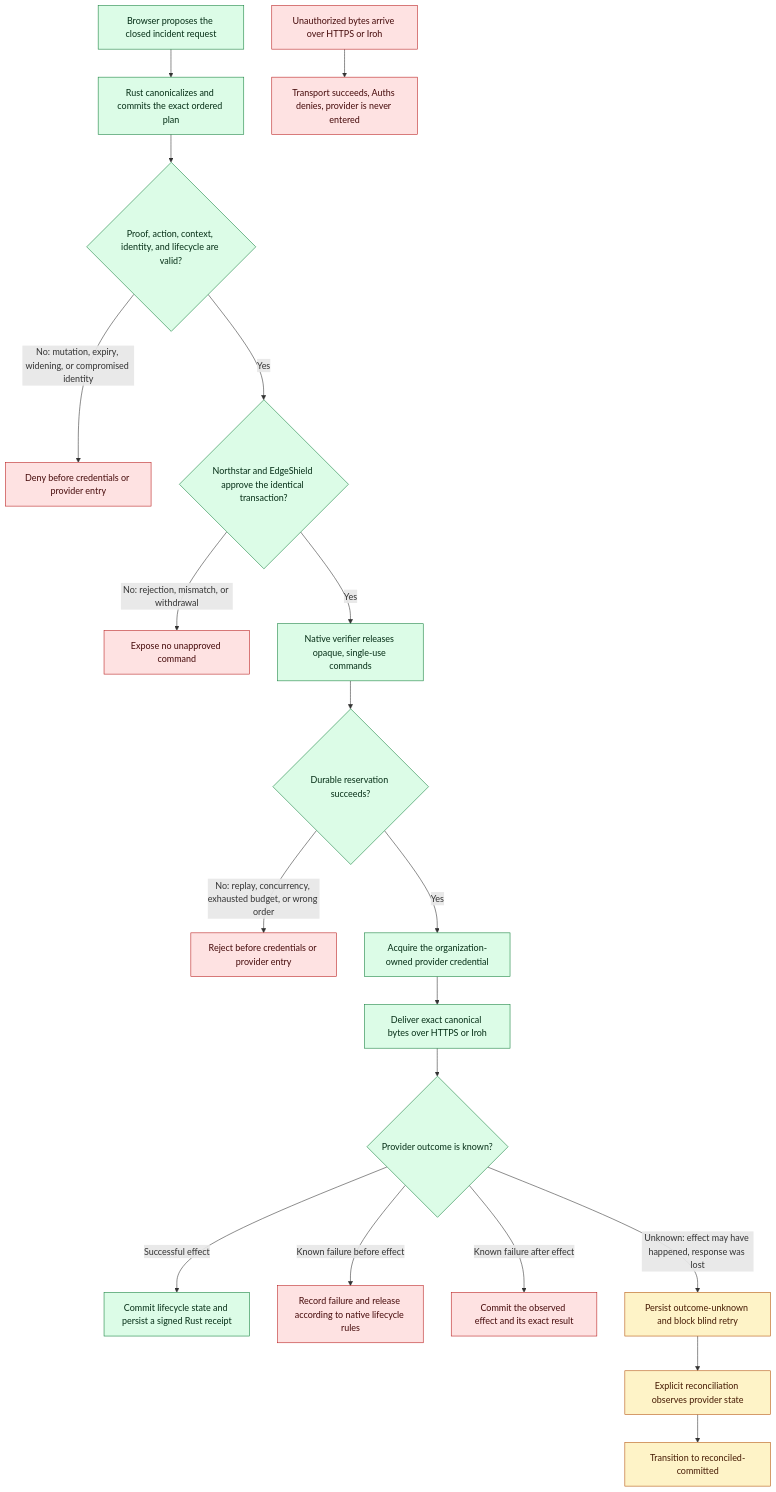
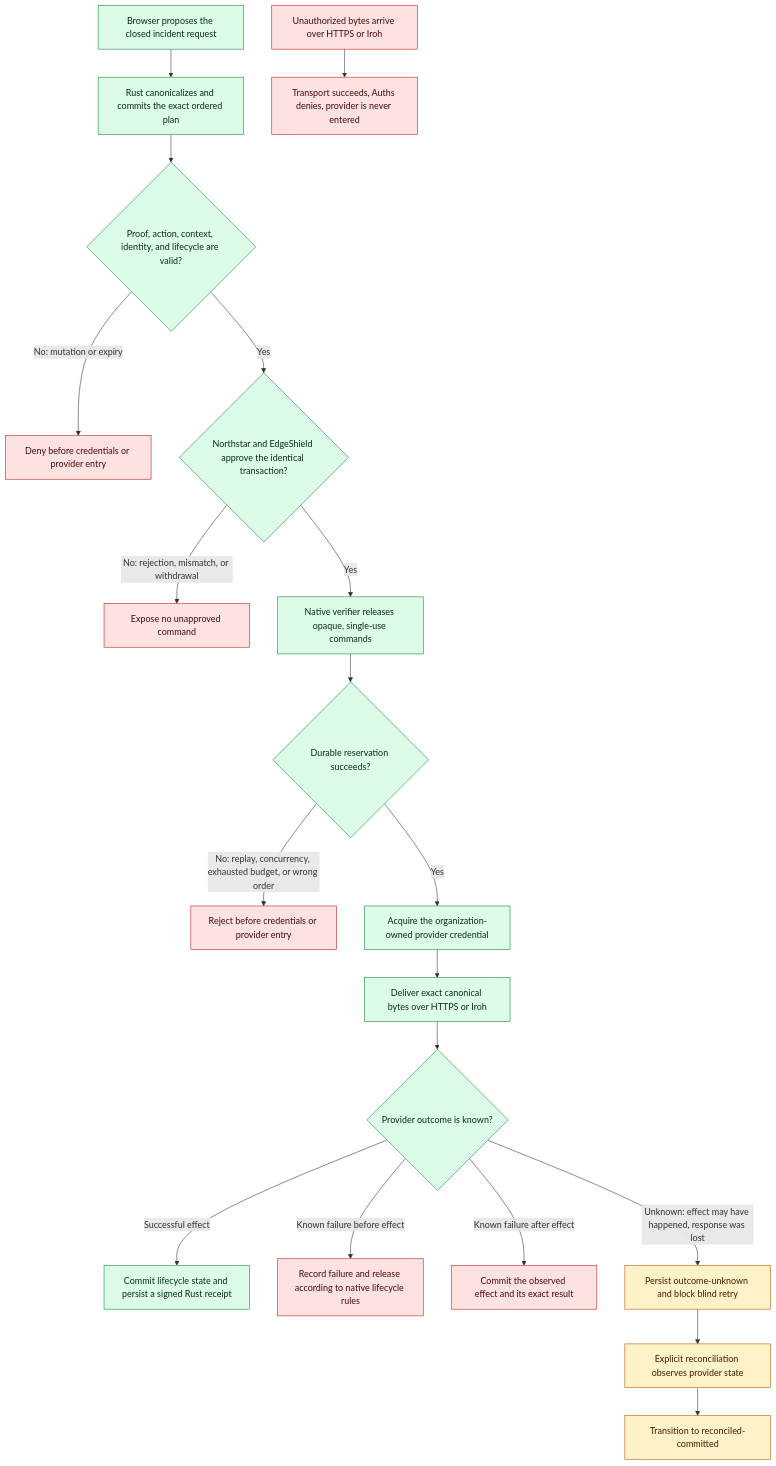
One commit to auths-dev/auths-proof changed the diagram in demos/cross-company-incident-response/README.md. Above: the diagram before and after it, drawn with Mermaid. The commit also changed other lines of this file and 7 other files, not shown here.

````diff
--- a/demos/cross-company-incident-response/README.md
+++ b/demos/cross-company-incident-response/README.md
@@ -68,29 +68,29 @@
 ```mermaid
 flowchart TD
     A["Browser proposes the closed incident request"] --> B["Rust canonicalizes and commits the exact ordered plan"]
     B --> C{"Proof, action, context, identity, and lifecycle are valid?"}
-    C -- "No: mutation, expiry, widening, or compromised identity" --> D["Deny before credentials or provider entry"]
+    C -- "No: mutation or expiry" --> D["Deny before credentials or provider entry"]
     C -- "Yes" --> E{"Northstar and EdgeShield approve the identical transaction?"}
     E -- "No: rejection, mismatch, or withdrawal" --> F["Expose no unapproved command"]
     E -- "Yes" --> G["Native verifier releases opaque, single-use commands"]
     G --> H{"Durable reservation succeeds?"}
     H -- "No: replay, concurrency, exhausted budget, or wrong order" --> I["Reject before credentials or provider entry"]
     H -- "Yes" --> J["Acquire the organization-owned provider credential"]
     J --> K["Deliver exact canonical bytes over HTTPS or Iroh"]
     K --> L{"Provider outcome is known?"}
     L -- "Successful effect" --> M["Commit lifecycle state and persist a signed Rust receipt"]
     L -- "Known failure before effect" --> N["Record failure and release according to native lifecycle rules"]
     L -- "Known failure after effect" --> O["Commit the observed effect and its exact result"]
     L -- "Unknown: effect may have happened, response was lost" --> P["Persist outcome-unknown and block blind retry"]
     P --> Q["Explicit reconciliation observes provider state"]
     Q --> R["Transition to reconciled-committed"]
 
     S["Unauthorized bytes arrive over HTTPS or Iroh"] --> T["Transport succeeds, Auths denies, provider is never entered"]
 
     classDef happy fill:#dcfce7,stroke:#15803d,color:#052e16
     classDef stopped fill:#fee2e2,stroke:#b91c1c,color:#450a0a
     classDef uncertain fill:#fef3c7,stroke:#b45309,color:#451a03
     class A,B,C,E,G,H,J,K,L,M happy
     class D,F,I,N,O,S,T stopped
     class P,Q,R uncertain
 ```
````
